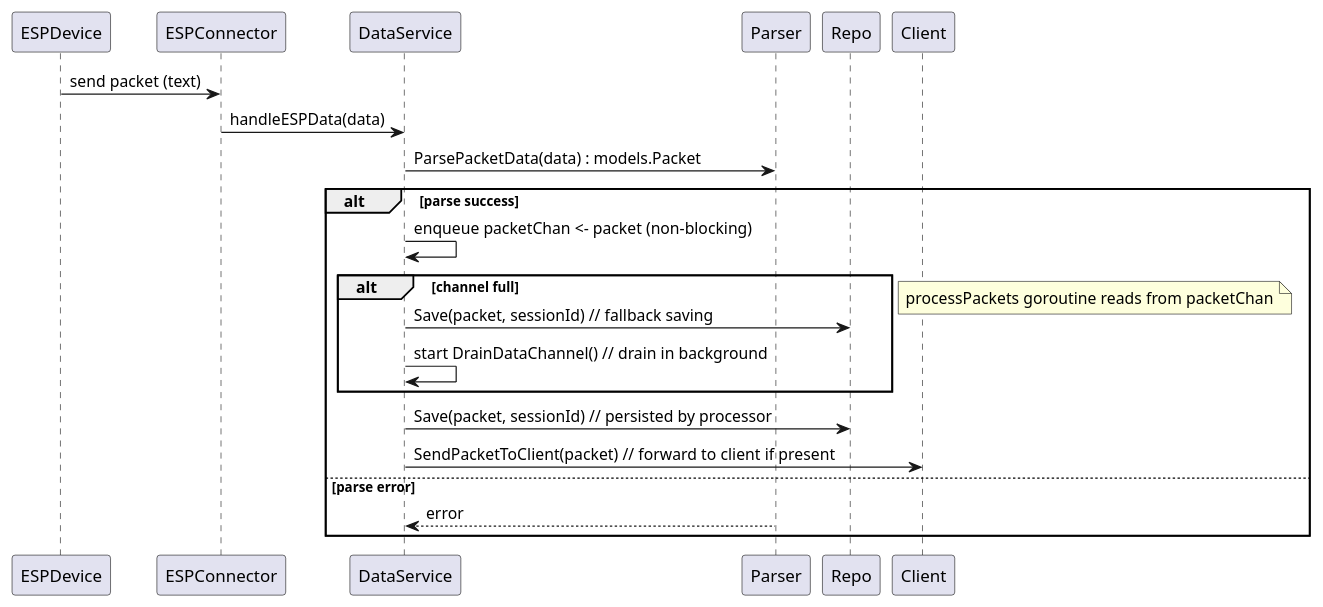
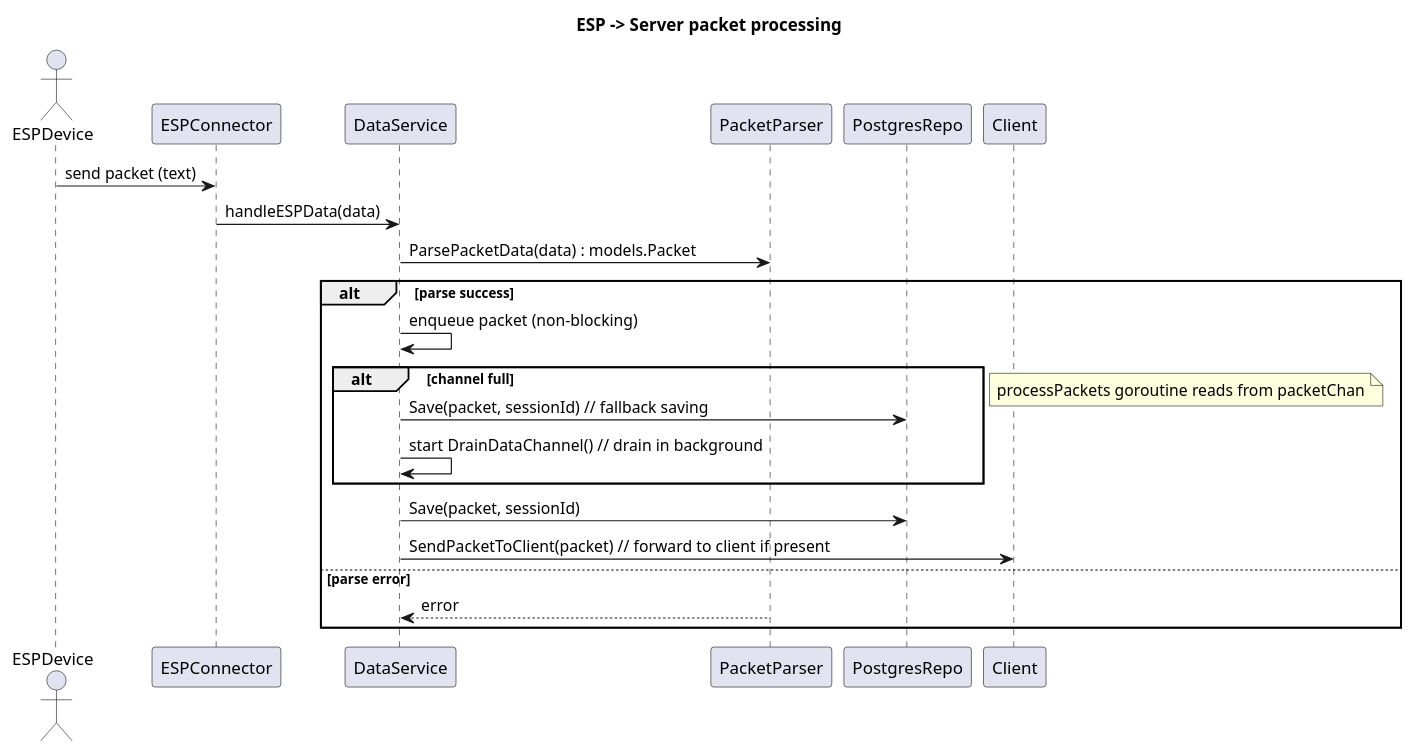
The diagram in doc/esp-server.puml (RedBlackHoodie/GsmLoraServer), drawn with PlantUML before and after one commit. The commit also changed 6 other files, not shown here.

```diff
--- a/doc/esp-server.puml
+++ b/doc/esp-server.puml
@@ -1,18 +1,25 @@
-@startuml title ESP -> Server packet processing actor ESPDevice participant "ESPConnector" as ESPConnector participant "DataService" as DataService participant "PacketParser" as Parser participant "PostgresRepo" as Repo participant "Client" as Client
+@startuml
+title ESP -> Server packet processing
+actor ESPDevice
+participant "ESPConnector" as ESPConnector
+participant "DataService" as DataService
+participant "PacketParser" as Parser
+participant "PostgresRepo" as Repo
+participant "Client" as Client
 
 ESPDevice -> ESPConnector: send packet (text)
 ESPConnector -> DataService: handleESPData(data)
 DataService -> Parser: ParsePacketData(data) : models.Packet
 alt parse success
-DataService -> DataService: enqueue packetChan <- packet (non-blocking)
+DataService -> DataService: enqueue packet (non-blocking)
 alt channel full
 DataService -> Repo: Save(packet, sessionId) // fallback saving
 DataService -> DataService: start DrainDataChannel() // drain in background
 end
 Note right: processPackets goroutine reads from packetChan
-DataService -> Repo: Save(packet, sessionId) // persisted by processor
+DataService -> Repo: Save(packet, sessionId)
 DataService -> Client: SendPacketToClient(packet) // forward to client if present
 else parse error
 Parser --> DataService: error
 end
 @enduml
```
